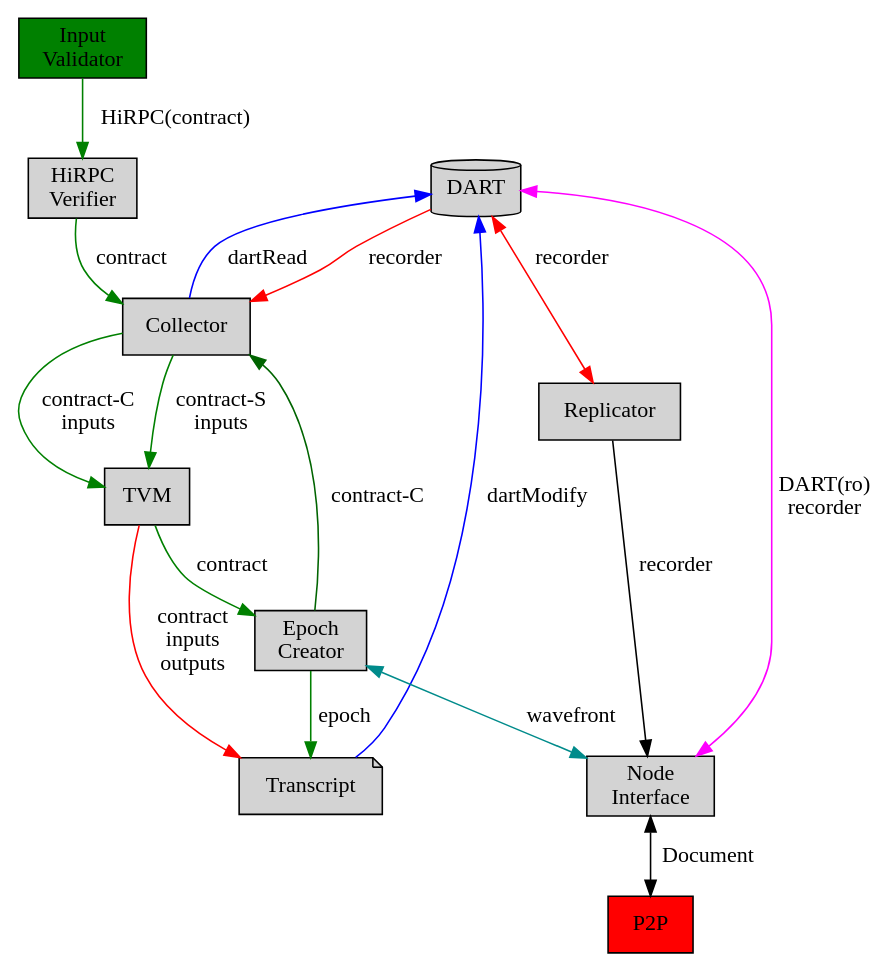
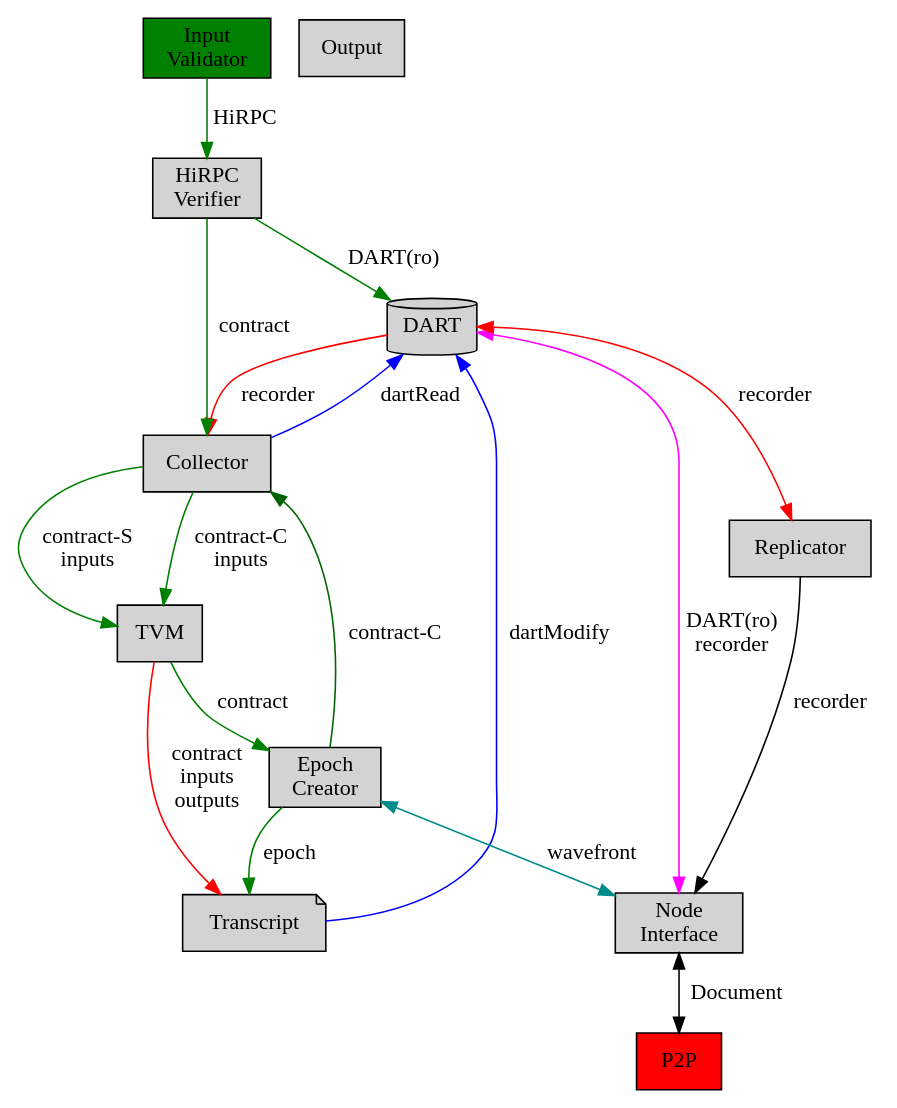
Before and after one commit to tagion/tagion: the first of 2 diagrams in documents/architecture/Network_Architecture.md, drawn with Graphviz. The commit also changed other lines of this file and 2 other files, not shown here.

````diff
--- a/documents/architecture/Network_Architecture.md
+++ b/documents/architecture/Network_Architecture.md
@@ -31,35 +31,39 @@
 ```graphviz
 digraph Message_flow {
   compound=true;
   labelangle=35;
   node [style=filled]
   node [ shape = "rect"];
+  Input [href="#/documents/architecture/InputValidator.md" label="Input\nValidator" style=filled fillcolor=green ]
+  Output 
   DART [href="#/documents/architecture/DART.md" shape = cylinder];
-  Input [href="#/documents/architecture/InputValidator.md" label="Input\nValidator" style=filled fillcolor=green ]
   P2P [ style=filled fillcolor=red]
   HiRPCVerifier [href="#/documents/architecture/HiRPCVerifier.md"  label="HiRPC\nVerifier"]
   NodeInterface [href="#/documents/architecture/NodeInterface.md"  label="Node\nInterface"]
   Transcript [href="#/documents/architecture/Transcript.md" shape = note]
   EpochCreator [href="#/documents/architecture/EpochCreator.md" label="Epoch\nCreator"]
   TVM [href="#/documents/architecture/TVM.md"]
+
+  Input -> HiRPCVerifier [label="HiRPC" color=green];
   Collector [href="#/documents/architecture/Collector.md"]
   Replicator [href="#/documents/architecture/Replicator.md"]
 
-  Input -> HiRPCVerifier [label="HiRPC(contract)" color=green];
   HiRPCVerifier -> Collector [label="contract" color=green];
+  HiRPCVerifier -> DART [label="DART(ro)" color=green];
   Collector -> DART [label=dartRead color=blue]
   Collector -> TVM [label="contract-S\ninputs" color=green];
   Collector -> TVM [label="contract-C\ninputs" color=green];
   EpochCreator -> Collector [label="contract-C" color=darkgreen];
   EpochCreator -> Transcript [label=epoch color=green];
   TVM -> Transcript [label="contract\ninputs\noutputs" color=red];
   TVM -> EpochCreator [label="contract" color=green];
+  
   DART -> Replicator [label=recorder color=red dir=both];
   DART -> NodeInterface [label="DART(ro)\nrecorder" dir=both color=magenta];
+  DART -> Collector [label="recorder" color=red];
   NodeInterface -> P2P [label=Document dir=both];
-  DART -> Collector [label="recorder" color=red];
   EpochCreator -> NodeInterface [label=wavefront dir=both color=cyan4];
   Transcript -> DART [label=dartModify color=blue];
   Replicator -> NodeInterface [label=recorder];
 }
 ```
````
